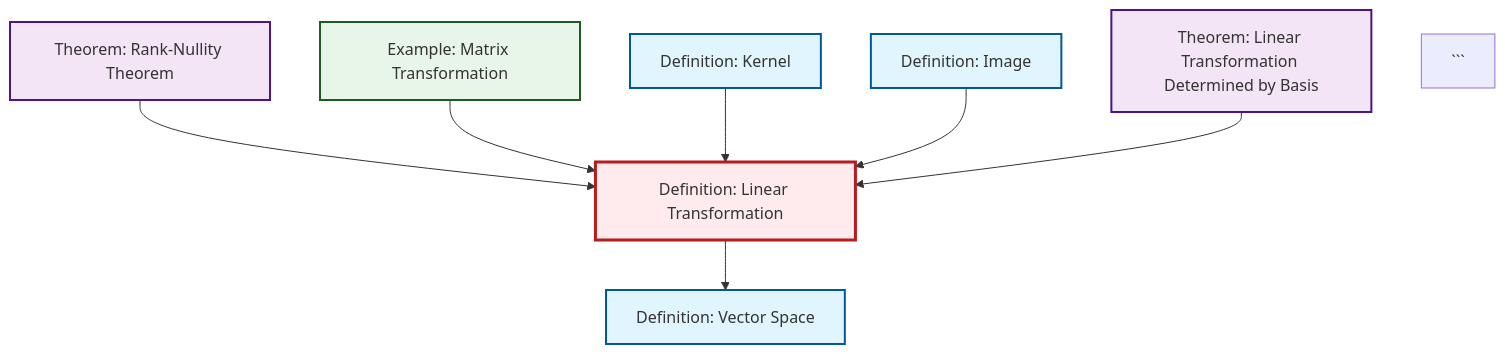
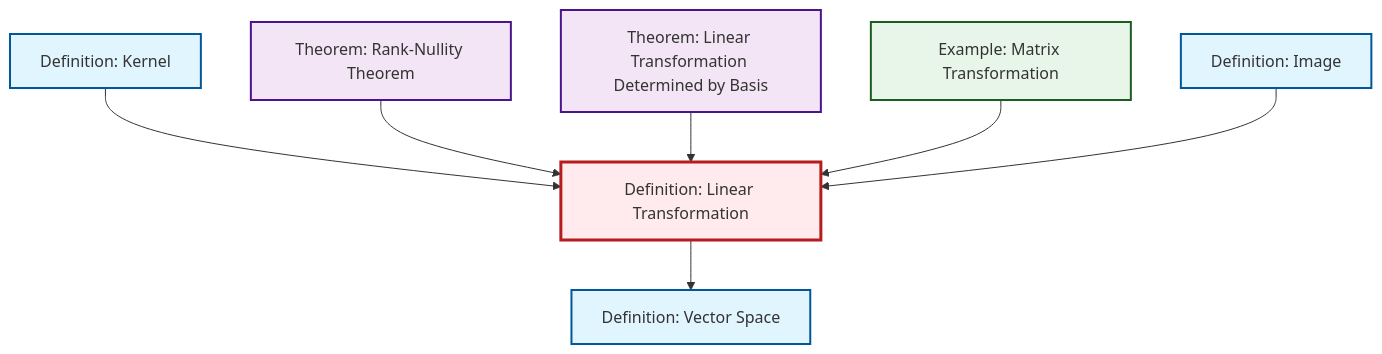
One commit to RK0429/ModernMath changed the diagram in output/mermaid/def-linear-transformation.mermaid. Above: the diagram before and after it, drawn with Mermaid. The commit also changed 316 other files, not shown here.

````diff
--- a/output/mermaid/def-linear-transformation.mermaid
+++ b/output/mermaid/def-linear-transformation.mermaid
@@ -1,22 +1,21 @@
 %%| fig-cap: "Local dependency graph"
 graph TD
     classDef definition fill:#e1f5fe,stroke:#01579b,stroke-width:2px
     classDef theorem fill:#f3e5f5,stroke:#4a148c,stroke-width:2px
     classDef axiom fill:#fff3e0,stroke:#e65100,stroke-width:2px
     classDef example fill:#e8f5e9,stroke:#1b5e20,stroke-width:2px
     classDef current fill:#ffebee,stroke:#b71c1c,stroke-width:3px
+    def-linear-transformation["Definition: Linear Transformation"]:::definition
+    ex-matrix-transformation["Example: Matrix Transformation"]:::example
+    def-vector-space["Definition: Vector Space"]:::definition
     thm-rank-nullity["Theorem: Rank-Nullity Theorem"]:::theorem
-    def-vector-space["Definition: Vector Space"]:::definition
     def-image["Definition: Image"]:::definition
-    def-linear-transformation["Definition: Linear Transformation"]:::definition
+    def-kernel["Definition: Kernel"]:::definition
     thm-linear-transformation-basis["Theorem: Linear Transformation Determined by Basis"]:::theorem
-    def-kernel["Definition: Kernel"]:::definition
-    ex-matrix-transformation["Example: Matrix Transformation"]:::example
+    def-kernel --> def-linear-transformation
     thm-rank-nullity --> def-linear-transformation
+    def-linear-transformation --> def-vector-space
+    thm-linear-transformation-basis --> def-linear-transformation
     ex-matrix-transformation --> def-linear-transformation
-    def-kernel --> def-linear-transformation
     def-image --> def-linear-transformation
-    thm-linear-transformation-basis --> def-linear-transformation
-    def-linear-transformation --> def-vector-space
     class def-linear-transformation current
-```
````
